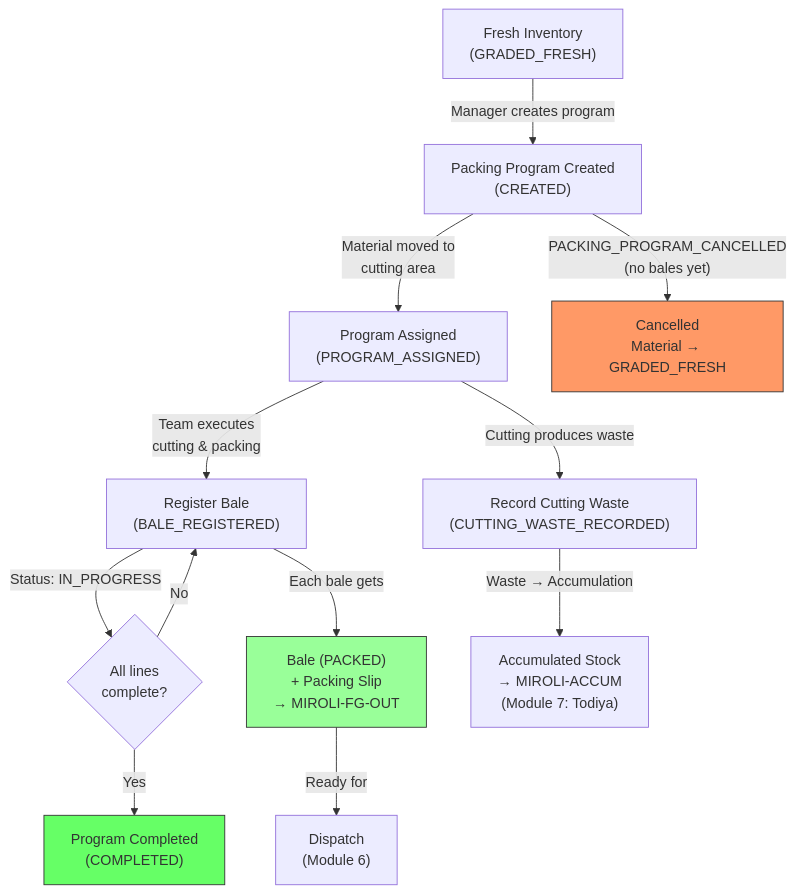
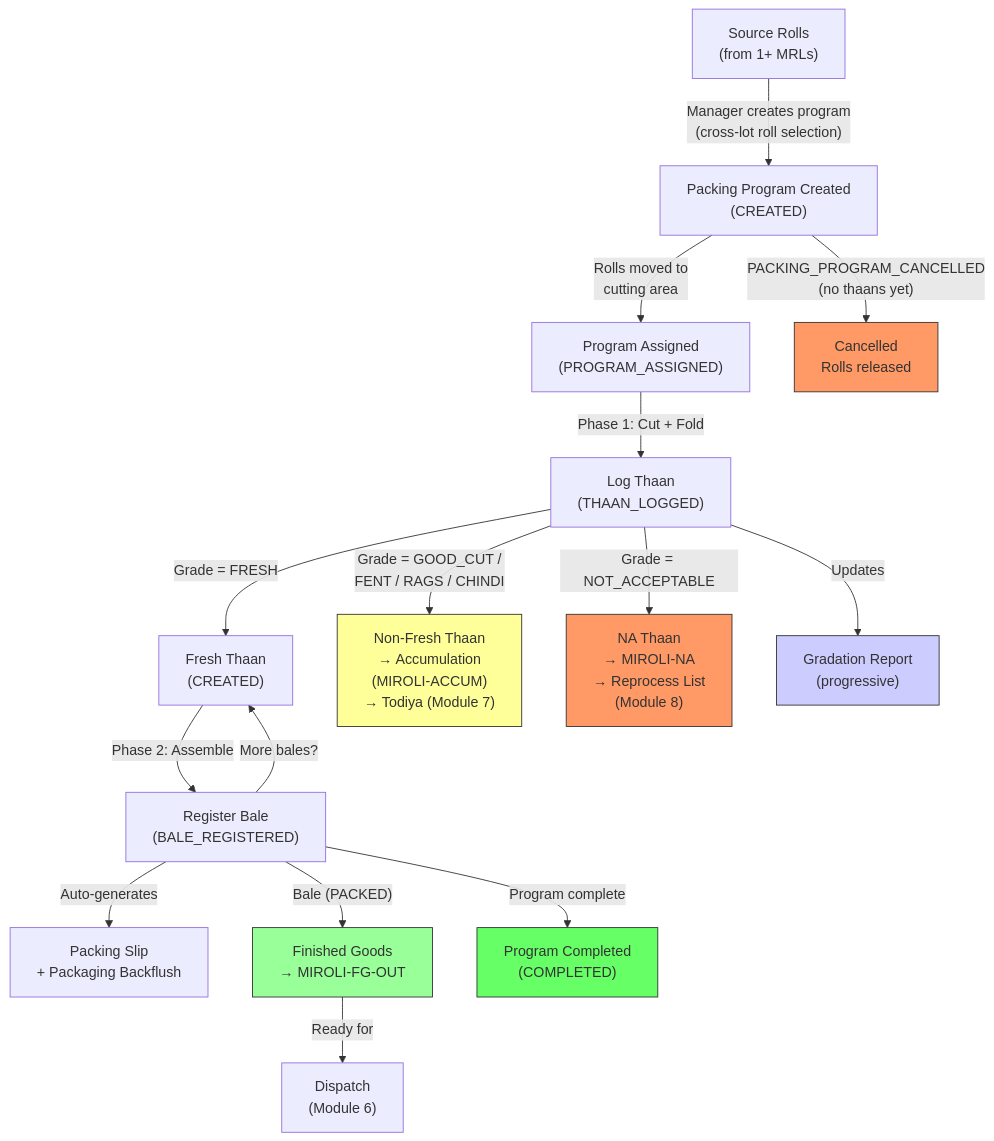
One commit to jetbrodocs/docs-rg-faith changed the diagram in 40-solution-design/rg-faith-miroli/05-packing-program.md. Above: the diagram before and after it, drawn with Mermaid. The commit also changed other lines of this file and 35 other files, not shown here.

````diff
--- a/40-solution-design/rg-faith-miroli/05-packing-program.md
+++ b/40-solution-design/rg-faith-miroli/05-packing-program.md
@@ -465,22 +561,31 @@
 ```mermaid
 flowchart TD
-    A["Fresh Inventory\n(GRADED_FRESH)"] -->|"Manager creates program"| B["Packing Program Created\n(CREATED)"]
-    B -->|"Material moved to\ncutting area"| C["Program Assigned\n(PROGRAM_ASSIGNED)"]
-    C -->|"Team executes\ncutting & packing"| D["Register Bale\n(BALE_REGISTERED)"]
-    D -->|"Status: IN_PROGRESS"| E{"All lines\ncomplete?"}
-    E -->|"No"| D
-    E -->|"Yes"| F["Program Completed\n(COMPLETED)"]
+    A["Source Rolls\n(from 1+ MRLs)"] -->|"Manager creates program\n(cross-lot roll selection)"| B["Packing Program Created\n(CREATED)"]
+    B -->|"Rolls moved to\ncutting area"| C["Program Assigned\n(PROGRAM_ASSIGNED)"]
 
-    D -->|"Each bale gets"| G["Bale (PACKED)\n+ Packing Slip\n→ MIROLI-FG-OUT"]
+    C -->|"Phase 1: Cut + Fold"| D["Log Thaan\n(THAAN_LOGGED)"]
 
-    C -->|"Cutting produces waste"| H["Record Cutting Waste\n(CUTTING_WASTE_RECORDED)"]
-    H -->|"Waste → Accumulation"| I["Accumulated Stock\n→ MIROLI-ACCUM\n(Module 7: Todiya)"]
+    D -->|"Grade = FRESH"| E["Fresh Thaan\n(CREATED)"]
+    D -->|"Grade = GOOD_CUT /\nFENT / RAGS / CHINDI"| F["Non-Fresh Thaan\n→ Accumulation\n(MIROLI-ACCUM)\n→ Todiya (Module 7)"]
+    D -->|"Grade = NOT_ACCEPTABLE"| G["NA Thaan\n→ MIROLI-NA\n→ Reprocess List\n(Module 8)"]
 
-    B -->|"PACKING_PROGRAM_CANCELLED\n(no bales yet)"| J["Cancelled\nMaterial → GRADED_FRESH"]
+    D -->|"Updates"| H["Gradation Report\n(progressive)"]
 
-    G -->|"Ready for"| K["Dispatch\n(Module 6)"]
+    E -->|"Phase 2: Assemble"| I["Register Bale\n(BALE_REGISTERED)"]
+    I -->|"Auto-generates"| J["Packing Slip\n+ Packaging Backflush"]
+    I -->|"Bale (PACKED)"| K["Finished Goods\n→ MIROLI-FG-OUT"]
 
-    style F fill:#6f6,stroke:#333
-    style J fill:#f96,stroke:#333
-    style G fill:#9f9,stroke:#333
+    I -->|"More bales?"| E
+    I -->|"Program complete"| L["Program Completed\n(COMPLETED)"]
+
+    B -->|"PACKING_PROGRAM_CANCELLED\n(no thaans yet)"| M["Cancelled\nRolls released"]
+
+    K -->|"Ready for"| N["Dispatch\n(Module 6)"]
+
+    style L fill:#6f6,stroke:#333
+    style M fill:#f96,stroke:#333
+    style K fill:#9f9,stroke:#333
+    style F fill:#ff9,stroke:#333
+    style G fill:#f96,stroke:#333
+    style H fill:#ccf,stroke:#333
 ```
````
